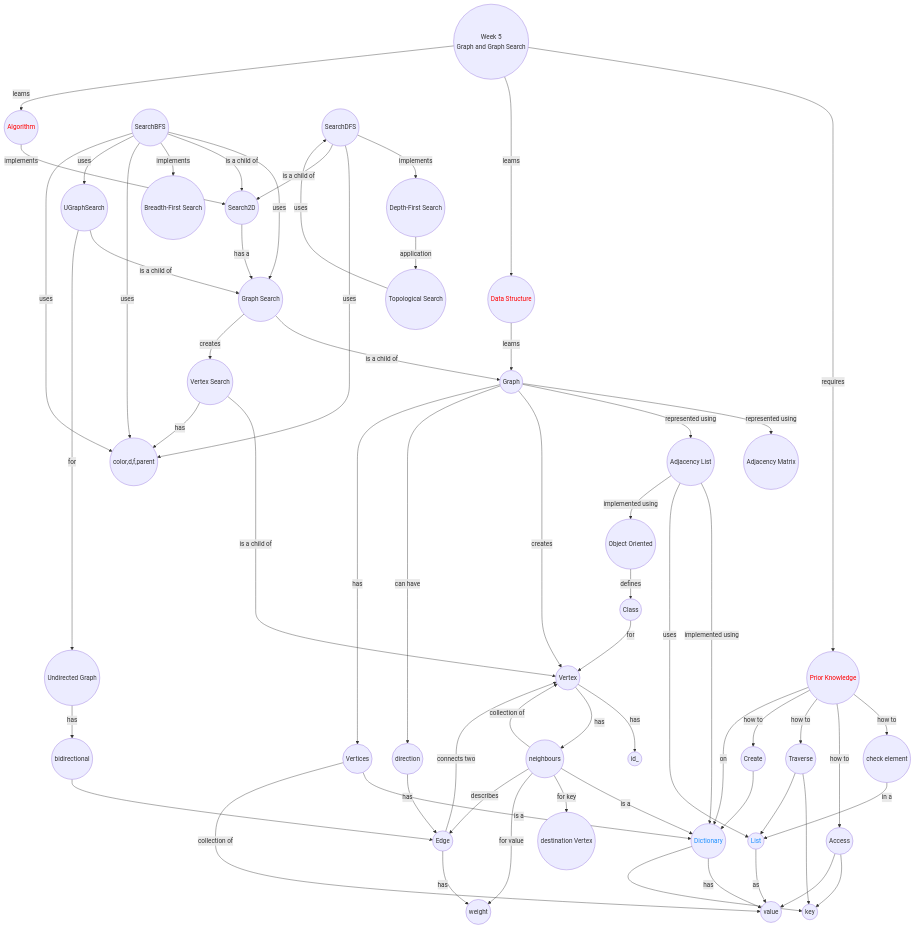
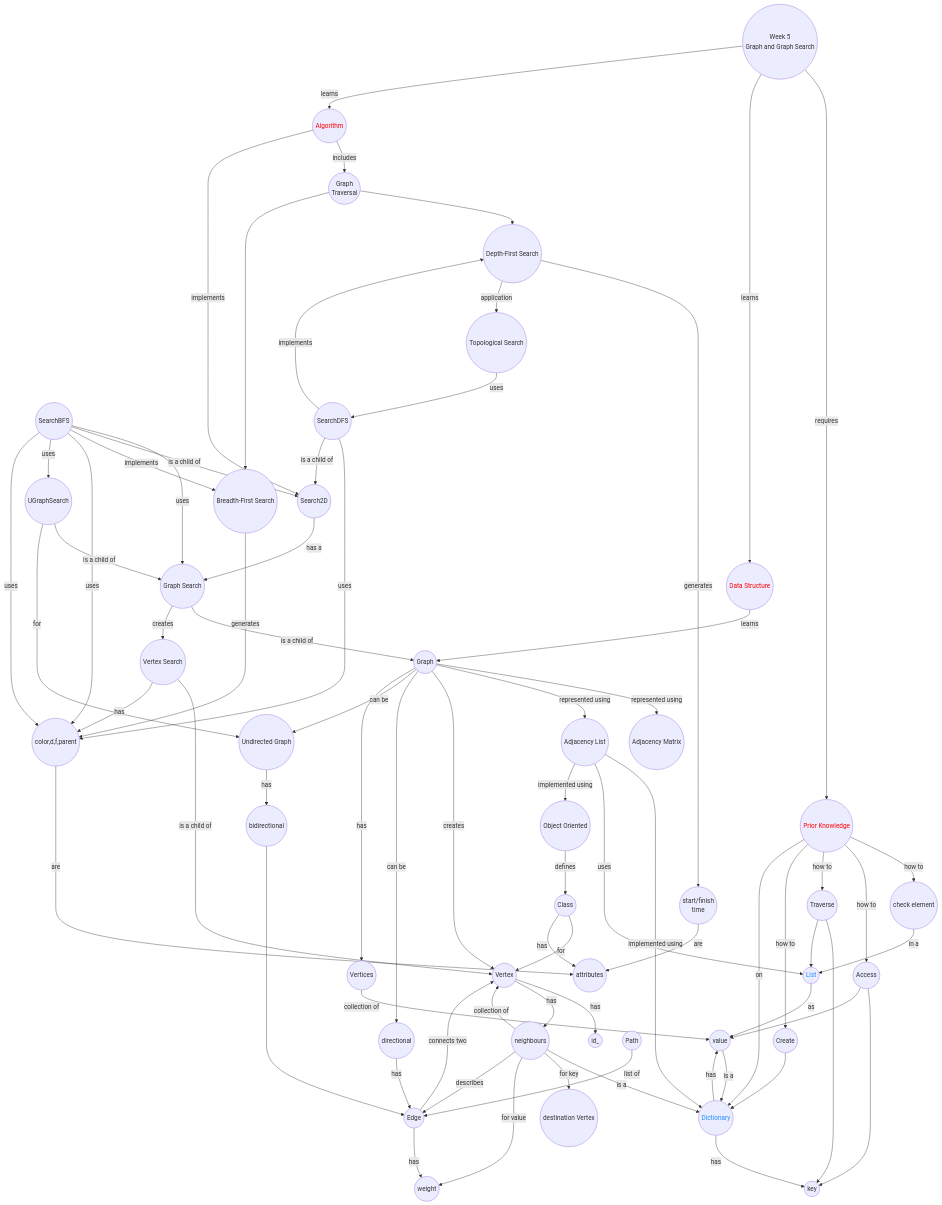
One commit to iamanigeeit/DDW2023 changed the diagram in learning-objectives/05-searching-data.md. Above: the diagram before and after it, drawn with Mermaid. The commit also changed other lines of this file and 3 other files, not shown here.

Commit message:
Fix mermaid diagram for week 3 to 6.

````diff
--- a/learning-objectives/05-searching-data.md
+++ b/learning-objectives/05-searching-data.md
@@ -18,69 +20,79 @@
 ```mermaid
 flowchart TD
     PK((Prior Knowledge)) --> |how to| CE((check element))
     style PK color:red
     PK --> |how to| A((Access))
     PK --> |how to| T((Traverse))
     PK --> |how to| CT((Create))
     PK --> |on| DT((Dictionary))
     style DT color:dodgerblue
     A -->  K((key))
     A -->  V((value))
     CE --> |in a| L((List))
     style L color:dodgerblue
     T --> K
     T --> L
     CT --> DT
     DT --> |has| V
-    DT --> K
+    DT --> |has| K
     L --> |as| V
     W((Week 5<br>Graph and Graph Search)) --> |requires| PK
     W --> |learns| DS((Data Structure))
     style DS color:red
     DS --> |learns| G((Graph))
     G --> |represented using| AM((Adjacency Matrix))
     G --> |represented using| AL((Adjacency List))
     AL --> |implemented using| DT
     AL --> |uses| L
     AL --> |implemented using| OO((Object Oriented))
     G --> |creates| VX((Vertex))
-    G --> |can have| D((direction))
+    G --> |can be| D((directional))
+    G --> |can be| UG
     G --> |has| VS((Vertices))
-    VS --> |is a| DT
     W --> |learns| ALGO((Algorithm))
+    ALGO --> |includes| GT((Graph<br>Traversal))
     style ALGO color:red
     ALGO --> |implements| S2D((Search2D))
     S2D --> |has a| GS((Graph Search))
     GS --> |is a child of| G
+    V --> |is a | DT
     VS --> |collection of| V
     VX  --> |has| ID((id_))
     VX --> |has| N((neighbours))
     N --> |collection of| VX
     OO --> |defines| CL((Class))
     CL --> |for| VX
+    CL --> |has| ATTR((attributes)) 
     N --> |is a| DT
     N --> |for key| DV((destination Vertex))
     N --> |for value| WEIGHT((weight))
     D --> |has| EDGE((Edge))
     EDGE --> |has| WEIGHT
     N --> |describes| EDGE
     EDGE --> |connects two| VX
+    PTH((Path)) --> |list of| EDGE
     GS --> |creates| VSH((Vertex Search))
     VSH --> |is a child of| VX
     VSH --> |has| CDFP((color,d,f,parent))
+    CDFP --> |are| ATTR
+    SFT((start/finish<br>time)) --> |are| ATTR
     UGS((UGraphSearch)) --> |is a child of| GS
     UGS --> |for| UG((Undirected Graph))
     UG --> |has| BD((bidirectional))
     BD --> EDGE
     SBFS((SearchBFS)) --> |uses| GS
     SBFS --> |is a child of| S2D
     SBFS --> |implements| BFS((Breadth-First Search))
+    BFS --> |generates| CDFP
     SBFS --> |uses| CDFP
     SBFS --> |uses| UGS
     SBFS --> |uses| CDFP
     SDFS((SearchDFS)) --> |implements| DFS((Depth-First Search))
+    GT --> DFS
+    GT --> BFS
+    DFS --> |generates| SFT
     SDFS --> |uses| CDFP
     SDFS --> |is a child of| S2D
     TS((Topological Search)) --> |uses| SDFS
     DFS --> |application| TS
 ```
````
